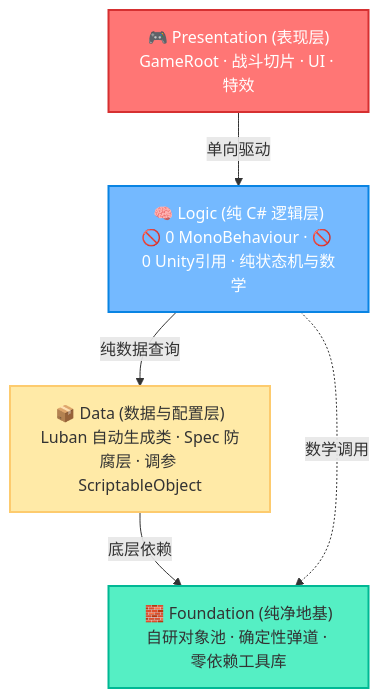
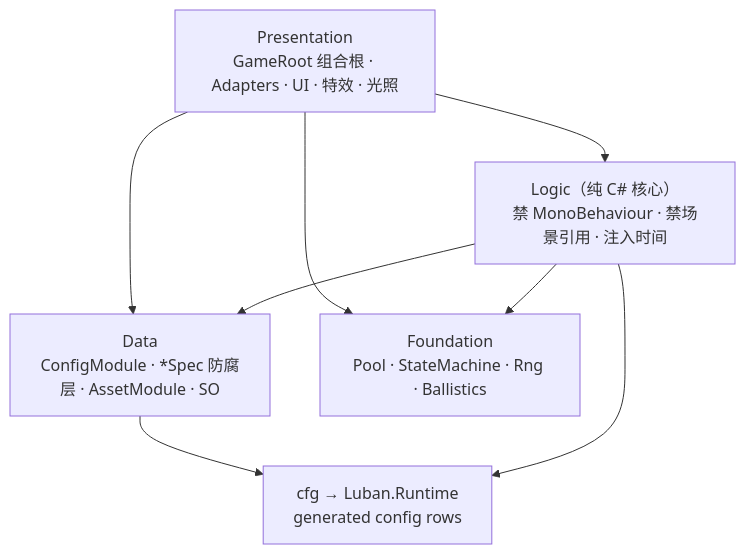
Before and after one commit to 5FYZhou/deepseaoil: the second of 2 diagrams in README.md, drawn with Mermaid. The commit also changed other lines of this file and 230 other files, not shown here.

````diff
--- a/README.md
+++ b/README.md
@@ -129,17 +173,10 @@
 ```mermaid
 graph TD
-    classDef pres fill:#ff7675,stroke:#d63031,stroke-width:2px,color:#fff;
-    classDef logic fill:#74b9ff,stroke:#0984e3,stroke-width:2px,color:#fff;
-    classDef data fill:#ffeaa7,stroke:#fdcb6e,stroke-width:2px,color:#333;
-    classDef fdn fill:#55efc4,stroke:#00b894,stroke-width:2px,color:#333;
-
-    P["🎮 Presentation (表现层)<br/>GameRoot · 战斗切片 · UI · 特效"]:::pres
-    L["🧠 Logic (纯 C# 逻辑层)<br/>🚫 0 MonoBehaviour · 🚫 0 Unity引用 · 纯状态机与数学"]:::logic
-    D["📦 Data (数据与配置层)<br/>Luban 自动生成类 · Spec 防腐层 · 调参 ScriptableObject"]:::data
-    F["🧱 Foundation (纯净地基)<br/>自研对象池 · 确定性弹道 · 零依赖工具库"]:::fdn
-
-    P -->|"单向驱动"| L
-    L -->|"纯数据查询"| D
-    D -->|"底层依赖"| F
-    L -.->|"数学调用"| F
+    P["Presentation<br/>GameRoot 组合根 · Adapters · UI · 特效 · 光照"] --> L["Logic（纯 C# 核心）<br/>禁 MonoBehaviour · 禁场景引用 · 注入时间"]
+    P --> D["Data<br/>ConfigModule · *Spec 防腐层 · AssetModule · SO"]
+    P --> F["Foundation<br/>Pool · StateMachine · Rng · Ballistics"]
+    L --> D
+    L --> F
+    D --> C["cfg → Luban.Runtime<br/>generated config rows"]
+    L --> C
 ```
````
